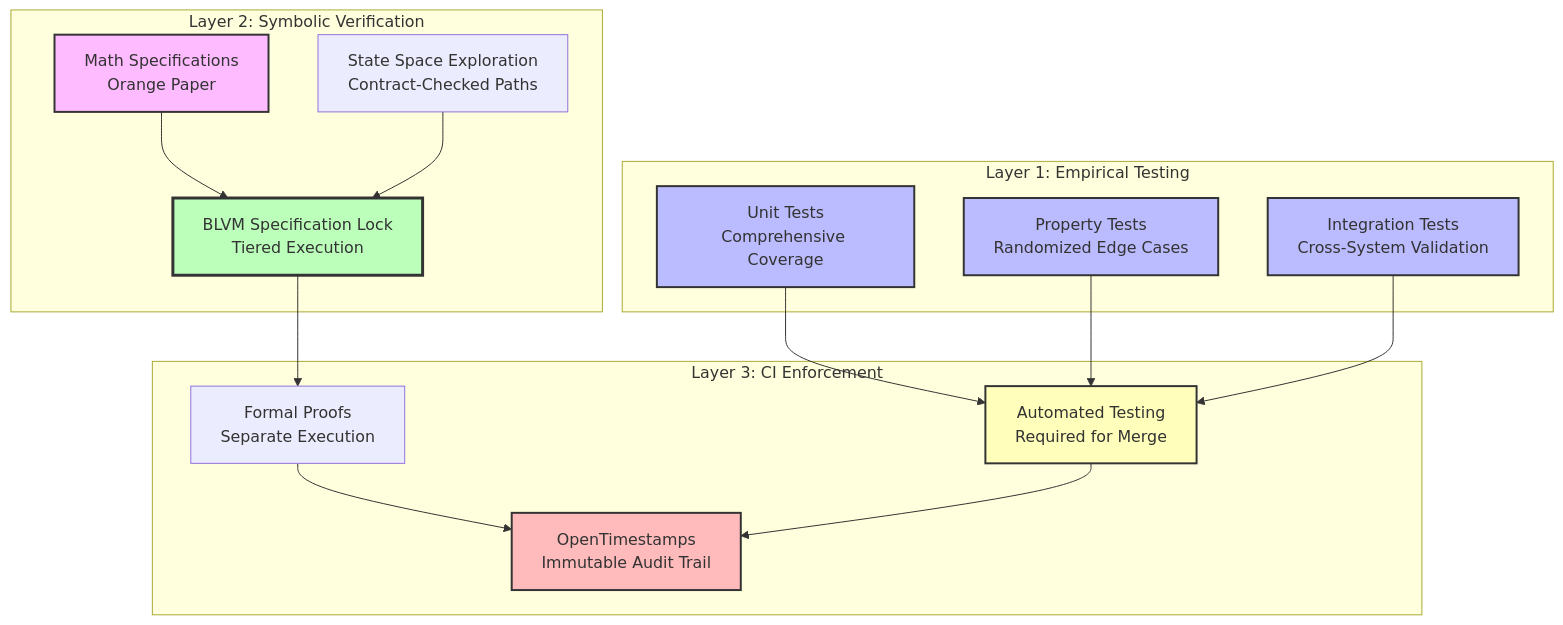
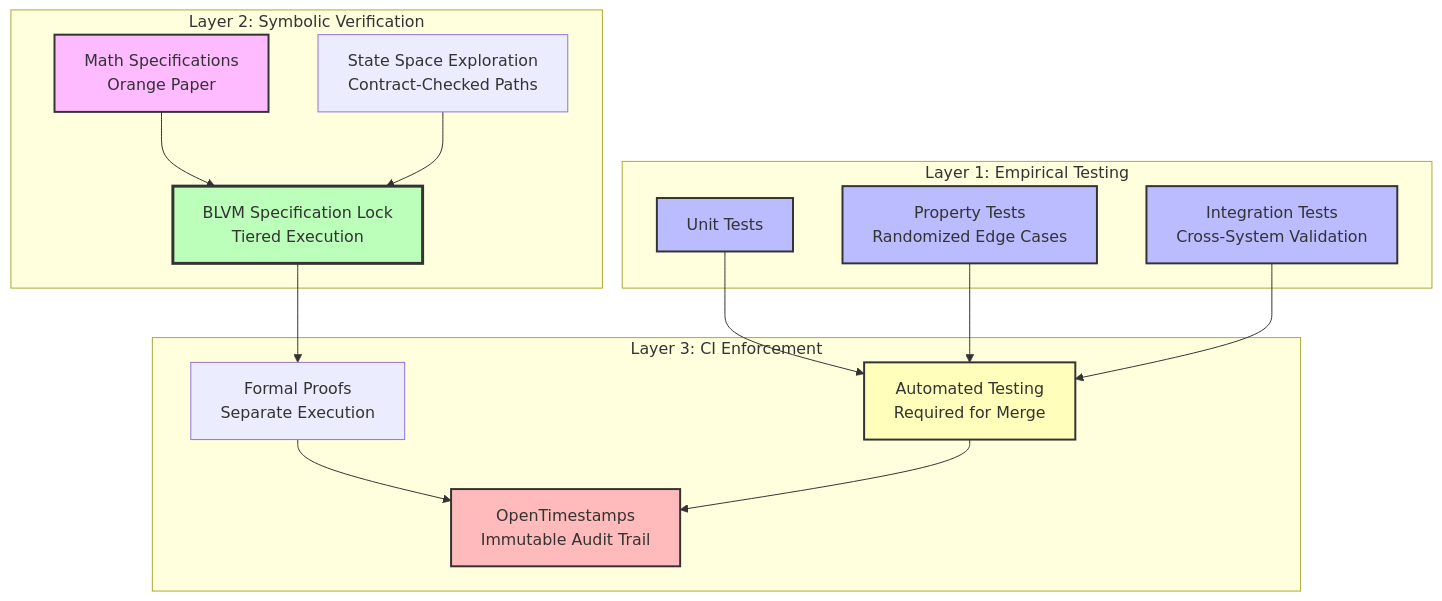
One commit to BTCDecoded/blvm-docs changed the diagram in src/consensus/formal-verification.md. Above: the diagram before and after it, drawn with Mermaid. The commit also changed other lines of this file and 60 other files, not shown here.

````diff
--- a/src/consensus/formal-verification.md
+++ b/src/consensus/formal-verification.md
@@ -9,39 +9,39 @@
 ```mermaid
 graph TB
     subgraph "Layer 1: Empirical Testing"
-        UT[Unit Tests<br/>Comprehensive Coverage]
+        UT[Unit Tests]
         PT[Property Tests<br/>Randomized Edge Cases]
         IT[Integration Tests<br/>Cross-System Validation]
     end
     
     subgraph "Layer 2: Symbolic Verification"
         SPECLOCK[BLVM Specification Lock<br/>Tiered Execution]
         SPEC[Math Specifications<br/>Orange Paper]
         SSE[State Space Exploration<br/>Contract-Checked Paths]
     end
     
     subgraph "Layer 3: CI Enforcement"
         AUTO[Automated Testing<br/>Required for Merge]
         PROOF[Formal Proofs<br/>Separate Execution]
         OTS[OpenTimestamps<br/>Immutable Audit Trail]
     end
     
     UT --> AUTO
     PT --> AUTO
     IT --> AUTO
     
     SPECLOCK --> PROOF
     SPEC --> SPECLOCK
     SSE --> SPECLOCK
     
     PROOF --> OTS
     AUTO --> OTS
     
     style UT fill:#bbf,stroke:#333,stroke-width:2px
     style PT fill:#bbf,stroke:#333,stroke-width:2px
     style IT fill:#bbf,stroke:#333,stroke-width:2px
     style SPECLOCK fill:#bfb,stroke:#333,stroke-width:3px
     style SPEC fill:#fbf,stroke:#333,stroke-width:2px
     style AUTO fill:#ffb,stroke:#333,stroke-width:2px
     style OTS fill:#fbb,stroke:#333,stroke-width:2px
 ```
````
